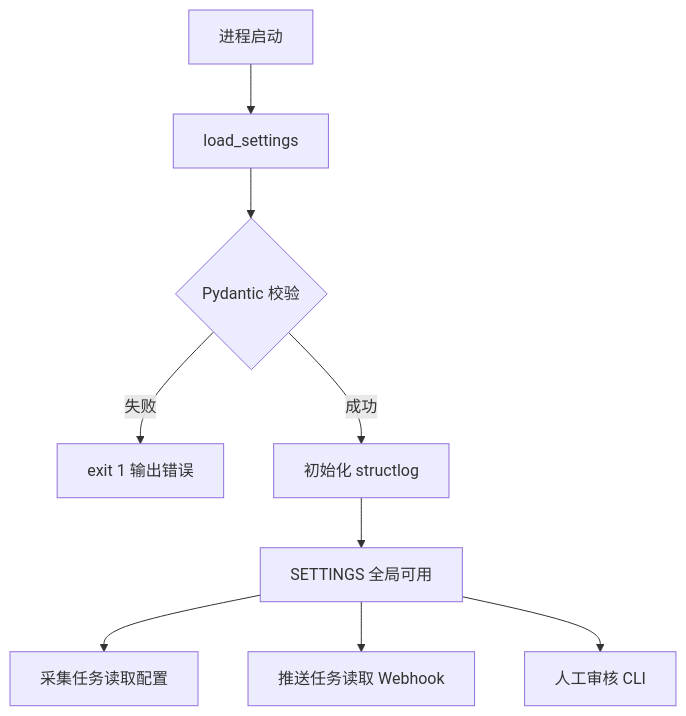
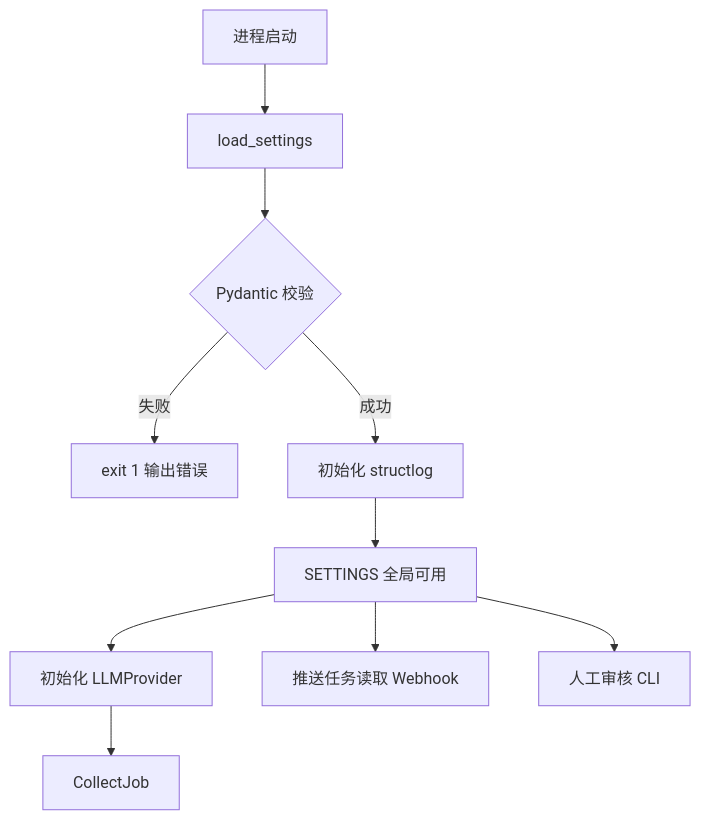
One commit to Bailanlizi/competitor-analysis-agent changed the diagram in specs/L2/SPEC-2026-050-config-ops.md. Above: the diagram before and after it, drawn with Mermaid. The commit also changed other lines of this file and 21 other files, not shown here.

````diff
--- a/specs/L2/SPEC-2026-050-config-ops.md
+++ b/specs/L2/SPEC-2026-050-config-ops.md
@@ -249,11 +289,12 @@
 ```mermaid
 flowchart TD
     Start[进程启动] --> LoadYAML[load_settings]
     LoadYAML --> Validate{Pydantic 校验}
     Validate -->|失败| Exit[exit 1 输出错误]
     Validate -->|成功| InitLog[初始化 structlog]
     InitLog --> Ready[SETTINGS 全局可用]
-    Ready --> CollectJob[采集任务读取配置]
+    Ready --> LLMProvider[初始化 LLMProvider]
+    LLMProvider --> CollectJob
     Ready --> PushJob[推送任务读取 Webhook]
     Ready --> ReviewCLI[人工审核 CLI]
 ```
````
